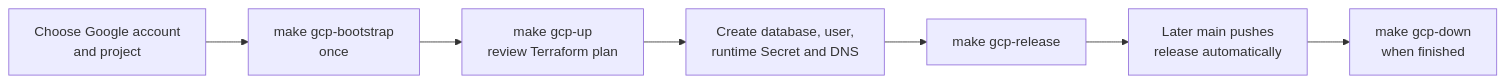
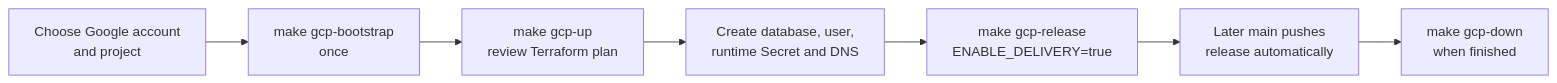
The diagram in docs/deployment-gcp.md (Gaurang140/agentcare), drawn with Mermaid before and after one commit. The commit also changed other lines of this file and 6 other files, not shown here.

````diff
--- a/docs/deployment-gcp.md
+++ b/docs/deployment-gcp.md
@@ -30,9 +30,9 @@
 ```mermaid
 flowchart LR
     LOGIN["Choose Google account<br/>and project"] --> BOOT["make gcp-bootstrap<br/>once"]
     BOOT --> UP["make gcp-up<br/>review Terraform plan"]
     UP --> SECRET["Create database, user,<br/>runtime Secret and DNS"]
-    SECRET --> RELEASE["make gcp-release"]
+    SECRET --> RELEASE["make gcp-release<br/>ENABLE_DELIVERY=true"]
     RELEASE --> AUTO["Later main pushes<br/>release automatically"]
     AUTO --> DOWN["make gcp-down<br/>when finished"]
 ```
````
